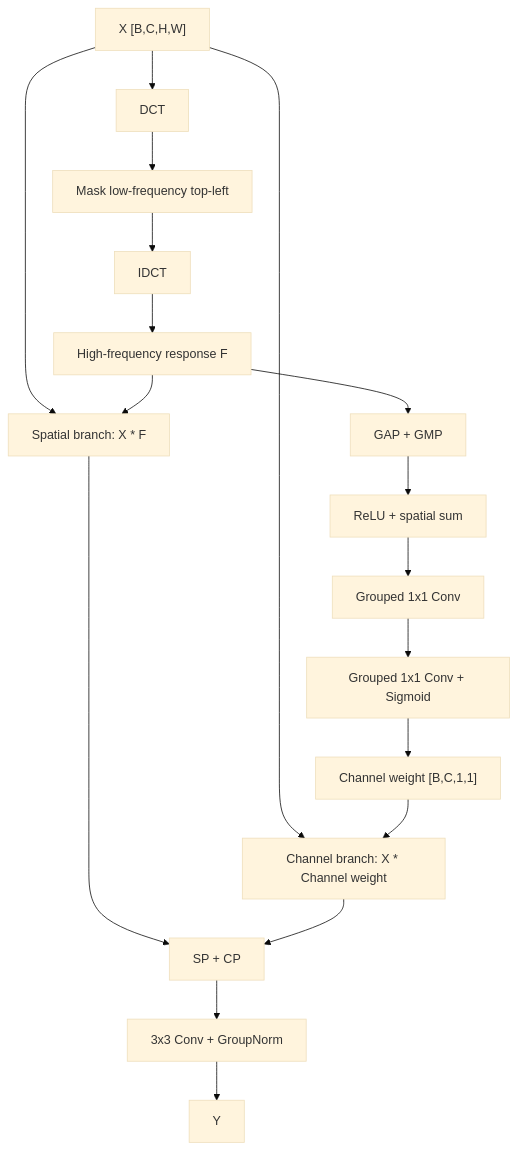
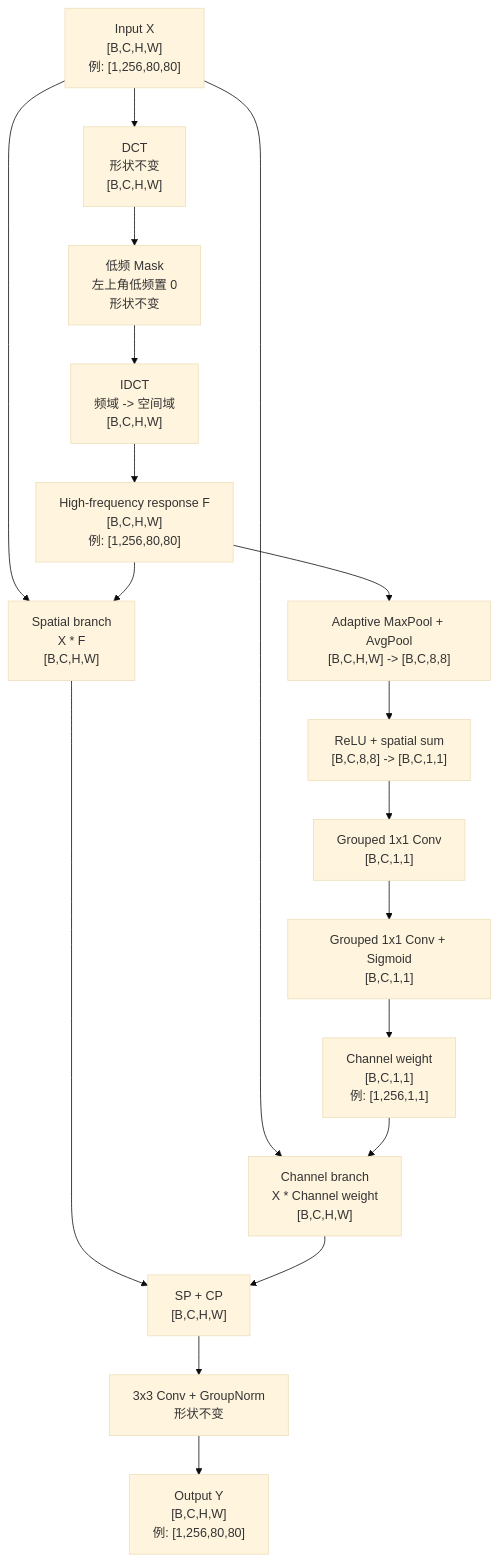
One commit to JohnSmith789287/RT-DETR-main changed the first of 4 diagrams in docs/hfp_wtconv_wt_hfp_notes.md. Above: the diagram before and after it, drawn with Mermaid (base theme). The commit also changed other lines of this file, not shown here.

Commit message:
Update diagrams with tensor shapes

````diff
--- a/docs/hfp_wtconv_wt_hfp_notes.md
+++ b/docs/hfp_wtconv_wt_hfp_notes.md
@@ -97,24 +97,24 @@
 ```mermaid
 flowchart TD
-    X["X [B,C,H,W]"] --> DCT["DCT"]
-    DCT --> Mask["Mask low-frequency top-left"]
-    Mask --> IDCT["IDCT"]
-    IDCT --> F["High-frequency response F"]
+    X["Input X<br/>[B,C,H,W]<br/>例: [1,256,80,80]"] --> DCT["DCT<br/>形状不变<br/>[B,C,H,W]"]
+    DCT --> Mask["低频 Mask<br/>左上角低频置 0<br/>形状不变"]
+    Mask --> IDCT["IDCT<br/>频域 -> 空间域<br/>[B,C,H,W]"]
+    IDCT --> F["High-frequency response F<br/>[B,C,H,W]<br/>例: [1,256,80,80]"]
 
-    X --> SP["Spatial branch: X * F"]
+    X --> SP["Spatial branch<br/>X * F<br/>[B,C,H,W]"]
     F --> SP
 
-    F --> Pool["GAP + GMP"]
-    Pool --> Sum["ReLU + spatial sum"]
-    Sum --> Conv1["Grouped 1x1 Conv"]
-    Conv1 --> Conv2["Grouped 1x1 Conv + Sigmoid"]
-    Conv2 --> CW["Channel weight [B,C,1,1]"]
+    F --> Pool["Adaptive MaxPool + AvgPool<br/>[B,C,H,W] -> [B,C,8,8]"]
+    Pool --> Sum["ReLU + spatial sum<br/>[B,C,8,8] -> [B,C,1,1]"]
+    Sum --> Conv1["Grouped 1x1 Conv<br/>[B,C,1,1]"]
+    Conv1 --> Conv2["Grouped 1x1 Conv + Sigmoid<br/>[B,C,1,1]"]
+    Conv2 --> CW["Channel weight<br/>[B,C,1,1]<br/>例: [1,256,1,1]"]
 
-    X --> CP["Channel branch: X * Channel weight"]
+    X --> CP["Channel branch<br/>X * Channel weight<br/>[B,C,H,W]"]
     CW --> CP
 
-    SP --> Add["SP + CP"]
+    SP --> Add["SP + CP<br/>[B,C,H,W]"]
     CP --> Add
-    Add --> Out["3x3 Conv + GroupNorm"]
-    Out --> Y["Y"]
+    Add --> Out["3x3 Conv + GroupNorm<br/>形状不变"]
+    Out --> Y["Output Y<br/>[B,C,H,W]<br/>例: [1,256,80,80]"]
 ```
````
